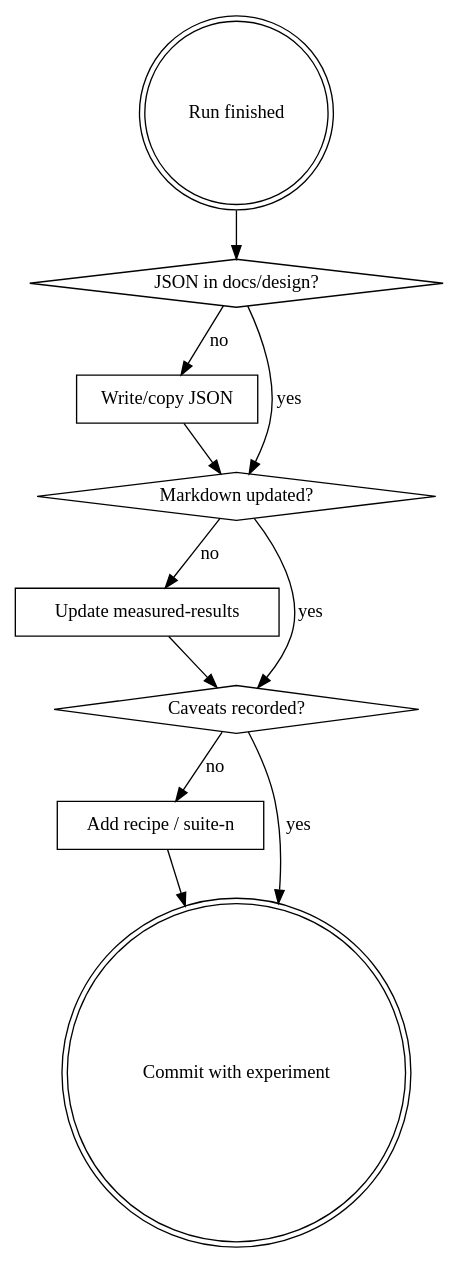
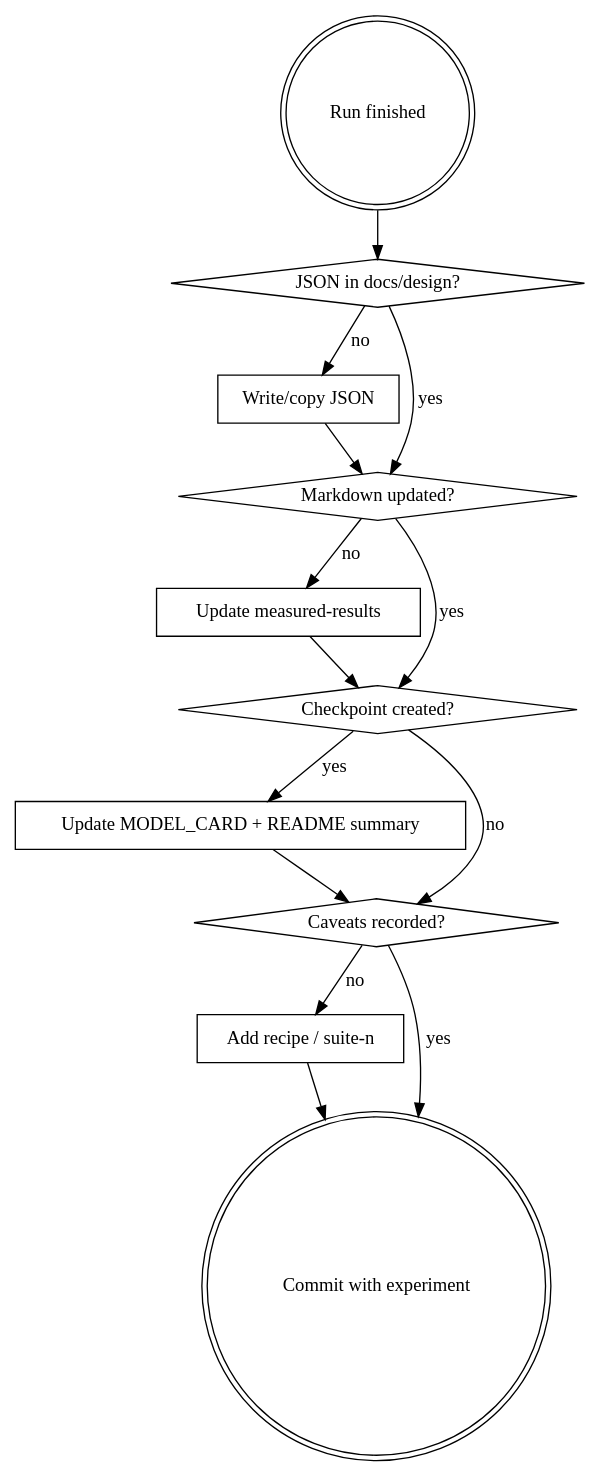
One commit to Tyler-R-Kendrick/slm-training changed the diagram in .claude/skills/documenting-experiment-results/SKILL.md. Above: the diagram before and after it, drawn with Graphviz. The commit also changed other lines of this file and 12 other files, not shown here.

First line of the commit message:
Require model card updates when checkpoints are created

````diff
--- a/.claude/skills/documenting-experiment-results/SKILL.md
+++ b/.claude/skills/documenting-experiment-results/SKILL.md
@@ -23,23 +29,28 @@
 ```dot
 digraph docs_after_run {
     "Run finished" [shape=doublecircle];
     "JSON in docs/design?" [shape=diamond];
     "Write/copy JSON" [shape=box];
     "Markdown updated?" [shape=diamond];
     "Update measured-results" [shape=box];
+    "Checkpoint created?" [shape=diamond];
+    "Update MODEL_CARD + README summary" [shape=box];
     "Caveats recorded?" [shape=diamond];
     "Add recipe / suite-n" [shape=box];
     "Commit with experiment" [shape=doublecircle];
 
     "Run finished" -> "JSON in docs/design?";
     "JSON in docs/design?" -> "Write/copy JSON" [label="no"];
     "JSON in docs/design?" -> "Markdown updated?" [label="yes"];
     "Write/copy JSON" -> "Markdown updated?";
     "Markdown updated?" -> "Update measured-results" [label="no"];
-    "Markdown updated?" -> "Caveats recorded?" [label="yes"];
-    "Update measured-results" -> "Caveats recorded?";
+    "Markdown updated?" -> "Checkpoint created?" [label="yes"];
+    "Update measured-results" -> "Checkpoint created?";
+    "Checkpoint created?" -> "Update MODEL_CARD + README summary" [label="yes"];
+    "Checkpoint created?" -> "Caveats recorded?" [label="no"];
+    "Update MODEL_CARD + README summary" -> "Caveats recorded?";
     "Caveats recorded?" -> "Add recipe / suite-n" [label="no"];
     "Caveats recorded?" -> "Commit with experiment" [label="yes"];
     "Add recipe / suite-n" -> "Commit with experiment";
 }
 ```
````
